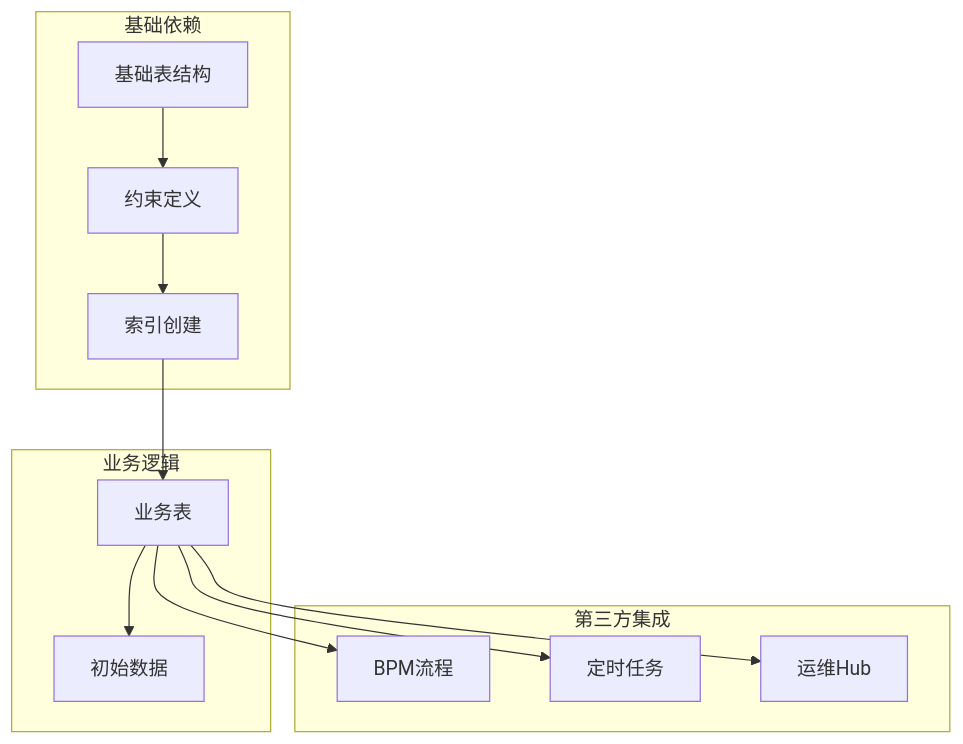
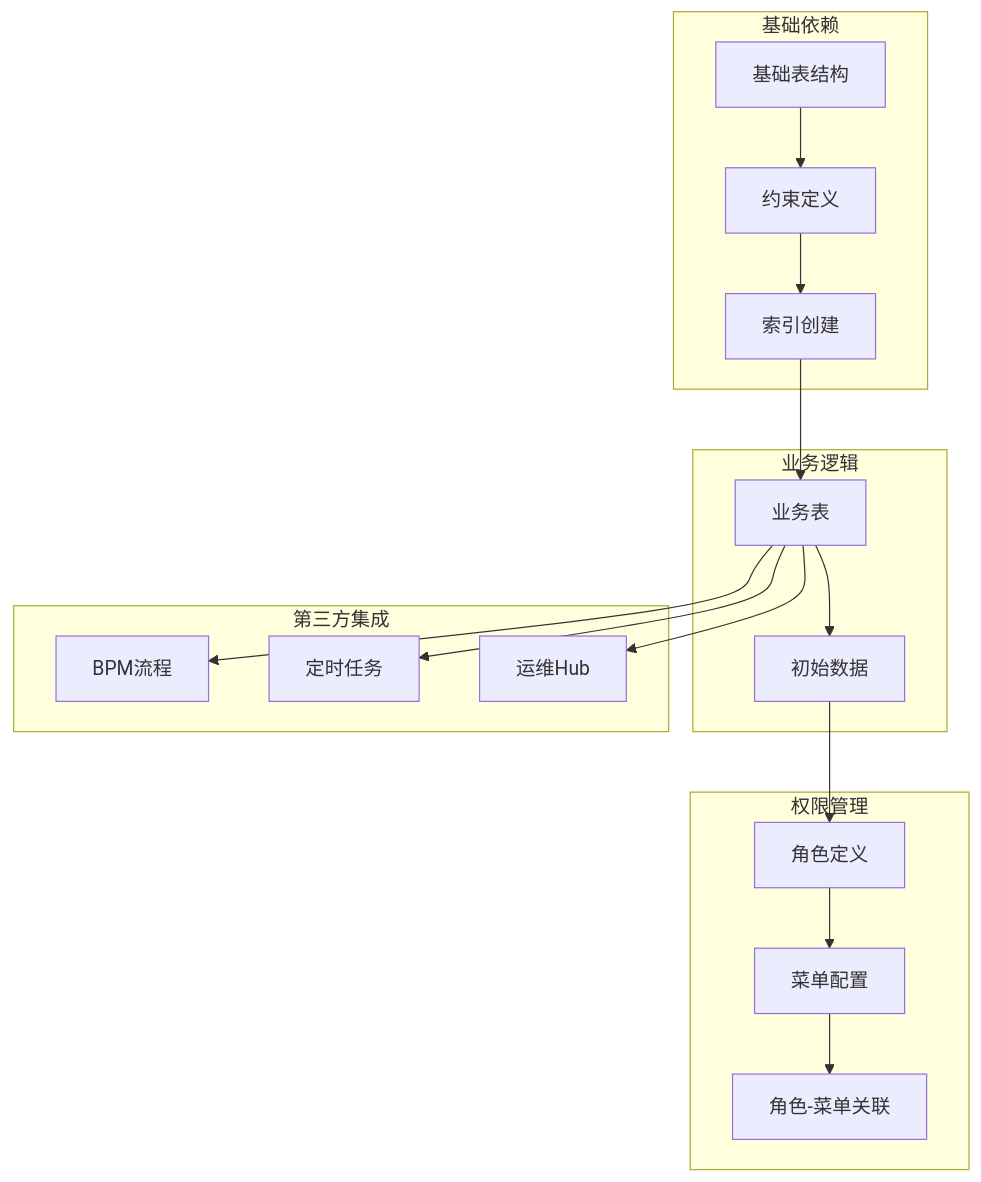
Before and after one commit to xiaoche80s-tech/rouyi-vue-pro: the ninth of 10 diagrams in .qoder/repowiki/zh/content/数据库设计/数据库初始化脚本.md, drawn with Mermaid. The commit also changed other lines of this file and 158 other files, not shown here.

````diff
--- a/.qoder/repowiki/zh/content/数据库设计/数据库初始化脚本.md
+++ b/.qoder/repowiki/zh/content/数据库设计/数据库初始化脚本.md
@@ -430,24 +537,32 @@
 ```mermaid
 graph TD
 subgraph "基础依赖"
 BASE[基础表结构]
 CONST[约束定义]
 INDEX[索引创建]
 end
 subgraph "业务逻辑"
 BUSINESS[业务表]
 DATA[初始数据]
 end
 subgraph "第三方集成"
 BPM[BPM流程]
 QUARTZ[定时任务]
 OPESHUB[运维Hub]
 end
+subgraph "权限管理"
+ROLE[角色定义]
+MENU[菜单配置]
+ROLE_MENU[角色-菜单关联]
+end
 BASE --> CONST
 CONST --> INDEX
 INDEX --> BUSINESS
 BUSINESS --> DATA
 BUSINESS --> BPM
 BUSINESS --> QUARTZ
 BUSINESS --> OPESHUB
+DATA --> ROLE
+ROLE --> MENU
+MENU --> ROLE_MENU
 ```
````
